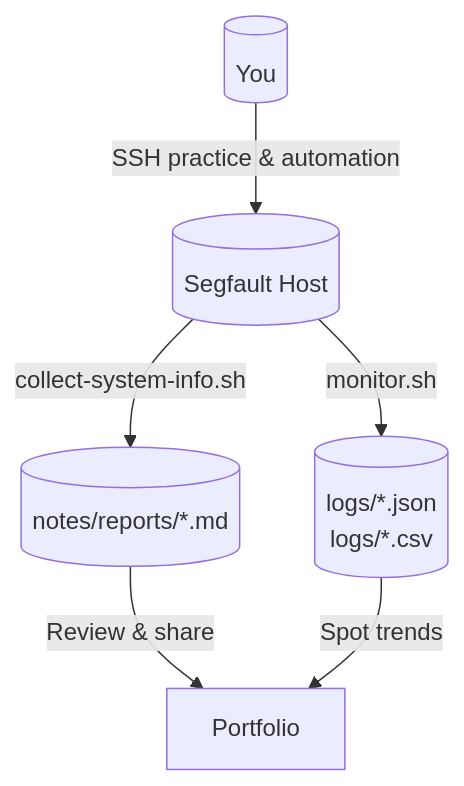
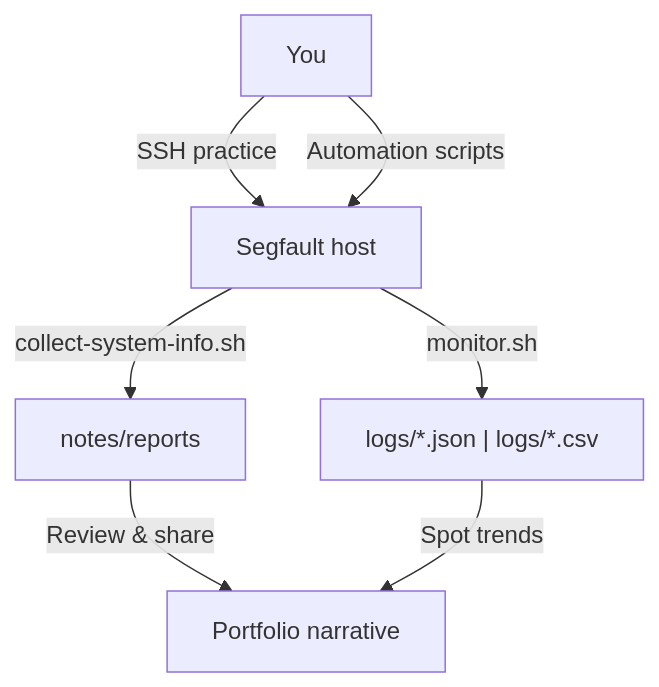
The first of 2 diagrams in README.md (Prashant-b97/remote-linux-lab), drawn with Mermaid before and after one commit. The commit also changed other lines of this file, not shown here.

Commit message:
Refine mermaid diagrams for clearer walkthroughs

````diff
--- a/README.md
+++ b/README.md
@@ -20,8 +20,9 @@
 ```mermaid
 flowchart TD
-    Developer[(You)] -->|SSH practice & automation| RemoteHost[(Segfault Host)]
-    RemoteHost -->|collect-system-info.sh| MarkdownReports[(notes/reports/*.md)]
-    RemoteHost -->|monitor.sh| MetricsArtifacts[(logs/*.json\nlogs/*.csv)]
-    MarkdownReports -->|Review & share| Portfolio
-    MetricsArtifacts -->|Spot trends| Portfolio
+    developer["You"] -->|SSH practice| segfaultHost["Segfault host"]
+    developer -->|Automation scripts| segfaultHost
+    segfaultHost -->|collect-system-info.sh| markdownReports["notes/reports"]
+    segfaultHost -->|monitor.sh| metricsArtifacts["logs/*.json | logs/*.csv"]
+    markdownReports -->|Review & share| portfolio["Portfolio narrative"]
+    metricsArtifacts -->|Spot trends| portfolio
 ```
````
